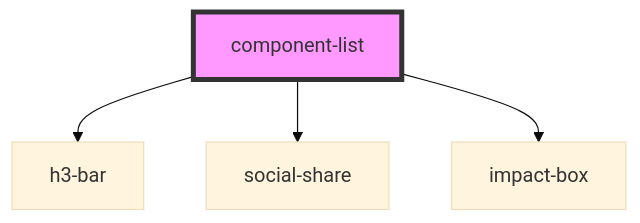
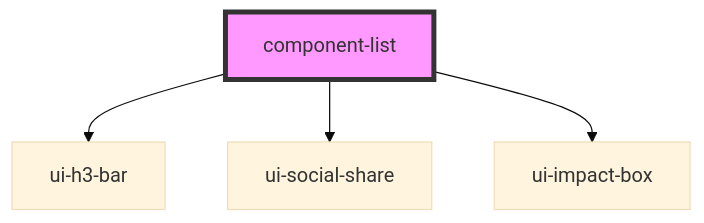
One commit to pizza-to-the-polls/power-the-polls changed the diagram in site/src/components/component-list/readme.md. Above: the diagram before and after it, drawn with Mermaid (base theme). The commit also changed other lines of this file and 18 other files, not shown here.

````diff
--- a/site/src/components/component-list/readme.md
+++ b/site/src/components/component-list/readme.md
@@ -17,7 +17,7 @@
 ```mermaid
 graph TD;
-  component-list --> h3-bar
-  component-list --> social-share
-  component-list --> impact-box
+  component-list --> ui-h3-bar
+  component-list --> ui-social-share
+  component-list --> ui-impact-box
   style component-list fill:#f9f,stroke:#333,stroke-width:4px
 ```
````
